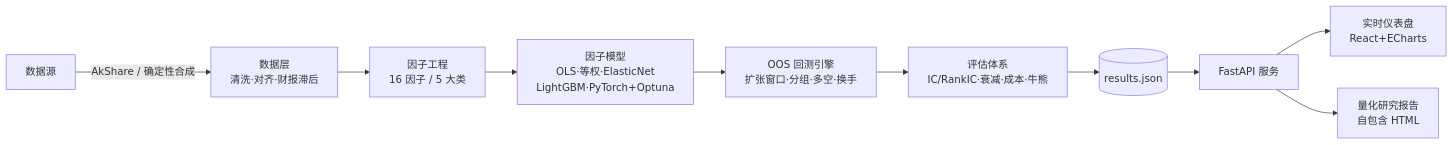
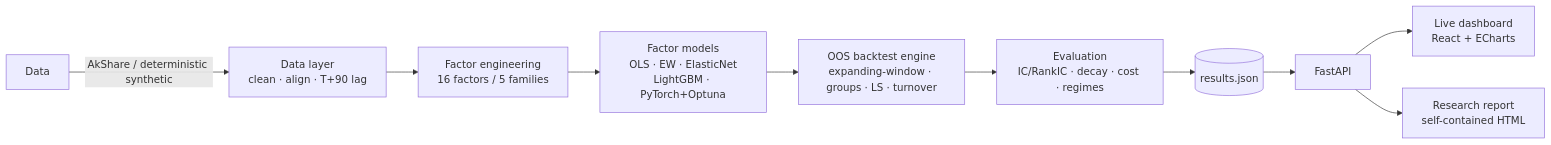
One commit to dev-belly/ashare-multifactor-research changed the diagram in README.md. Above: the diagram before and after it, drawn with Mermaid. The commit also changed other lines of this file and 3 other files, not shown here.

````diff
--- a/README.md
+++ b/README.md
@@ -27,12 +62,12 @@
 ```mermaid
 flowchart LR
-    A[数据源] -->|AkShare / 确定性合成| B[数据层<br/>清洗·对齐·财报滞后]
-    B --> C[因子工程<br/>16 因子 / 5 大类]
-    C --> D[因子模型<br/>OLS·等权·ElasticNet<br/>LightGBM·PyTorch+Optuna]
-    D --> E[OOS 回测引擎<br/>扩张窗口·分组·多空·换手]
-    E --> F[评估体系<br/>IC/RankIC·衰减·成本·牛熊]
+    A[Data] -->|AkShare / deterministic synthetic| B[Data layer<br/>clean · align · T+90 lag]
+    B --> C[Factor engineering<br/>16 factors / 5 families]
+    C --> D[Factor models<br/>OLS · EW · ElasticNet<br/>LightGBM · PyTorch+Optuna]
+    D --> E[OOS backtest engine<br/>expanding-window · groups · LS · turnover]
+    E --> F[Evaluation<br/>IC/RankIC · decay · cost · regimes]
     F --> G[(results.json)]
-    G --> H[FastAPI 服务]
-    H --> I[实时仪表盘<br/>React+ECharts]
-    H --> J[量化研究报告<br/>自包含 HTML]
+    G --> H[FastAPI]
+    H --> I[Live dashboard<br/>React + ECharts]
+    H --> J[Research report<br/>self-contained HTML]
 ```
````
